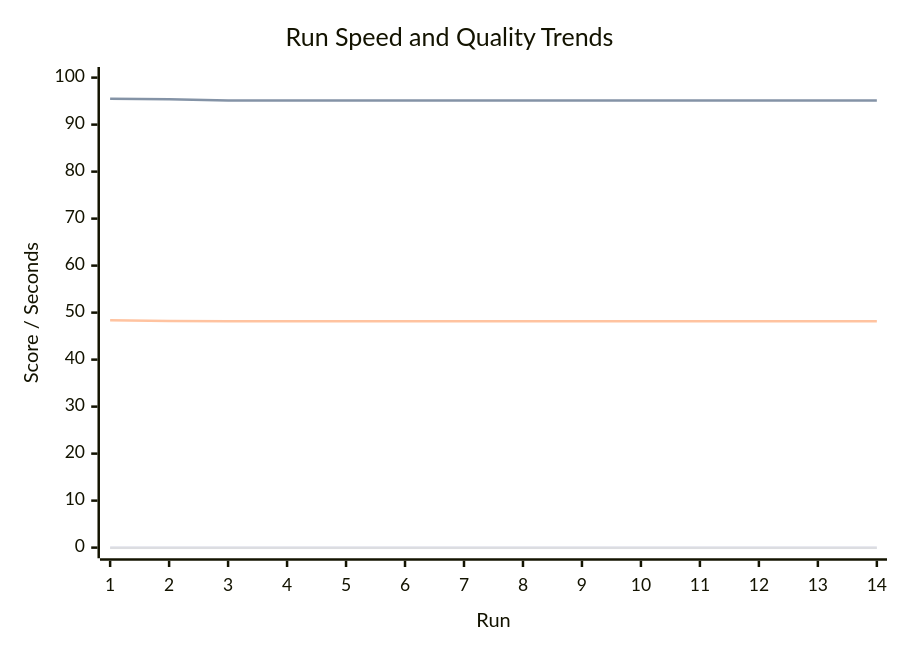
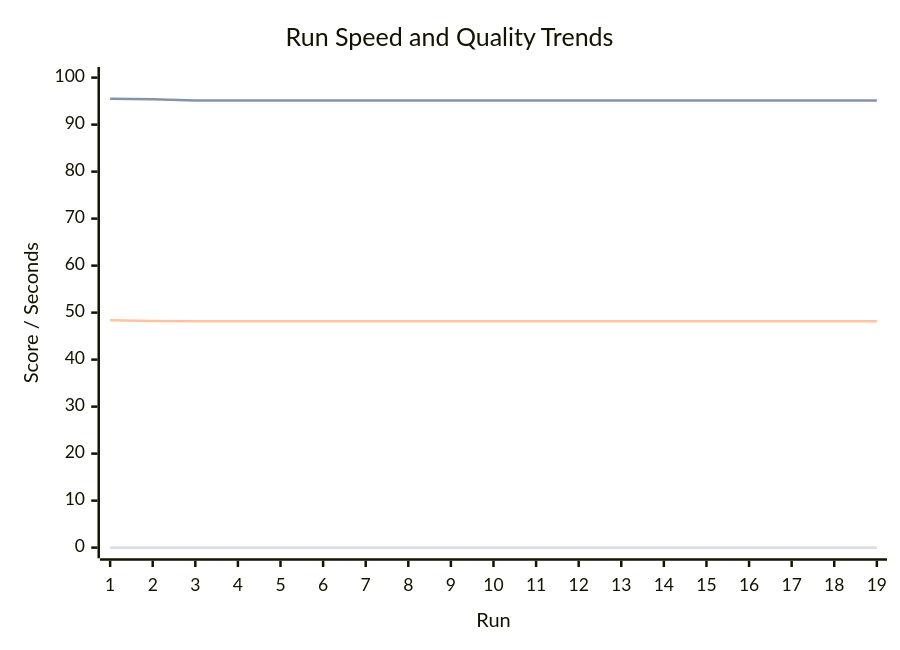
One commit to Jit-Paul-2008/Hexamind changed the first of 2 diagrams in reports-versioned/aggregated/run-results-dashboard.md. Above: the diagram before and after it, drawn with Mermaid. The commit also changed other lines of this file and 64 other files, not shown here.

````diff
--- a/reports-versioned/aggregated/run-results-dashboard.md
+++ b/reports-versioned/aggregated/run-results-dashboard.md
@@ -11,11 +11,11 @@
 ```mermaid
 xychart-beta
     title "Run Speed and Quality Trends"
-    x-axis "Run" [1, 2, 3, 4, 5, 6, 7, 8, 9, 10, 11, 12, 13, 14]
+    x-axis "Run" [1, 2, 3, 4, 5, 6, 7, 8, 9, 10, 11, 12, 13, 14, 15, 16, 17, 18, 19]
     y-axis "Score / Seconds" 0 --> 100
-    line "Accuracy" [0.0, 0.0, 0.0, 0.0, 0.0, 0.0, 0.0, 0.0, 0.0, 0.0, 0.0, 0.0, 0.0, 0.0]
-    line "Human-like" [95.51, 95.42, 95.12, 95.12, 95.12, 95.12, 95.12, 95.12, 95.12, 95.12, 95.12, 95.12, 95.12, 95.12]
-    line "Usefulness" [48.39, 48.2, 48.17, 48.17, 48.17, 48.17, 48.17, 48.17, 48.17, 48.17, 48.17, 48.17, 48.17, 48.17]
-    line "HumanReview" [0.0, 0.0, 0.0, 0.0, 0.0, 0.0, 0.0, 0.0, 0.0, 0.0, 0.0, 0.0, 0.0, 0.0]
-    line "SpeedSeconds" [187.48, 238.47, 237.45, 236.94, 236.7, 236.62, 236.35, 236.35, 236.43, 236.48, 236.36, 236.37, 236.38, 236.58]
+    line "Accuracy" [0.0, 0.0, 0.0, 0.0, 0.0, 0.0, 0.0, 0.0, 0.0, 0.0, 0.0, 0.0, 0.0, 0.0, 0.0, 0.0, 0.0, 0.0, 0.0]
+    line "Human-like" [95.51, 95.42, 95.12, 95.12, 95.12, 95.12, 95.12, 95.12, 95.12, 95.12, 95.12, 95.12, 95.12, 95.12, 95.12, 95.12, 95.12, 95.12, 95.12]
+    line "Usefulness" [48.39, 48.2, 48.17, 48.17, 48.17, 48.17, 48.17, 48.17, 48.17, 48.17, 48.17, 48.17, 48.17, 48.17, 48.17, 48.17, 48.17, 48.17, 48.17]
+    line "HumanReview" [0.0, 0.0, 0.0, 0.0, 0.0, 0.0, 0.0, 0.0, 0.0, 0.0, 0.0, 0.0, 0.0, 0.0, 0.0, 0.0, 0.0, 0.0, 0.0]
+    line "SpeedSeconds" [187.48, 238.47, 237.45, 236.94, 236.7, 236.62, 236.35, 236.35, 236.43, 236.48, 236.36, 236.37, 236.38, 236.58, 236.46, 236.59, 236.56, 236.52, 236.52]
 ```
````
